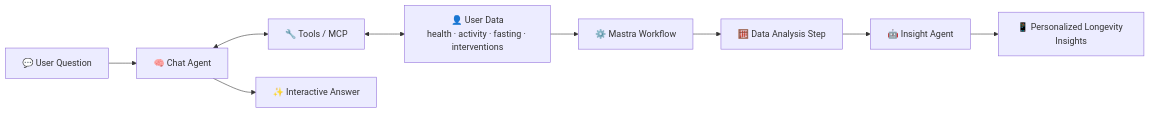
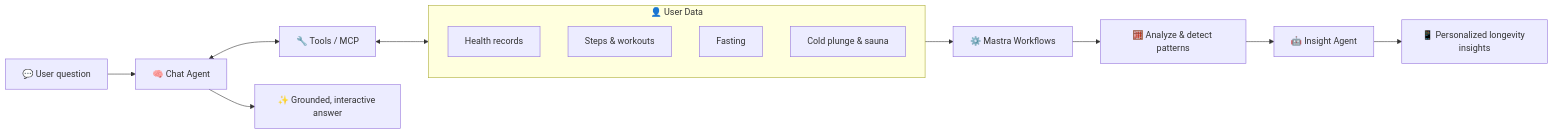
Before and after one commit to rahadiankr/rahadiankr: the diagram in README.md, drawn with Mermaid. The commit also changed other lines of this file, not shown here.

````diff
--- a/README.md
+++ b/README.md
@@ -42,11 +50,19 @@
 ```mermaid
 flowchart LR
-    A[👤 User Data<br/>health · activity · fasting · interventions] --> B[⚙️ Mastra Workflow]
-    B --> C[🧮 Data Analysis Step]
-    C --> D[🤖 Insight Agent]
-    D --> E[📱 Personalized Longevity Insights]
-    F[💬 User Question] --> G[🧠 Chat Agent]
-    G <--> H[🔧 Tools / MCP]
-    H <--> A
-    G --> I[✨ Interactive Answer]
+    subgraph Data["👤 User Data"]
+        H[Health records]
+        A[Steps & workouts]
+        F[Fasting]
+        I[Cold plunge & sauna]
+    end
+
+    Data --> W[⚙️ Mastra Workflows]
+    W --> S[🧮 Analyze & detect patterns]
+    S --> IA[🤖 Insight Agent]
+    IA --> O[📱 Personalized longevity insights]
+
+    Q[💬 User question] --> CA[🧠 Chat Agent]
+    CA <--> T[🔧 Tools / MCP]
+    T <--> Data
+    CA --> R[✨ Grounded, interactive answer]
 ```
````
